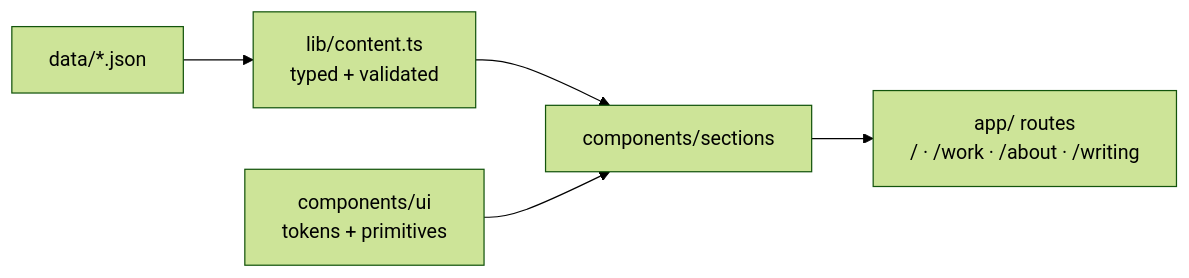
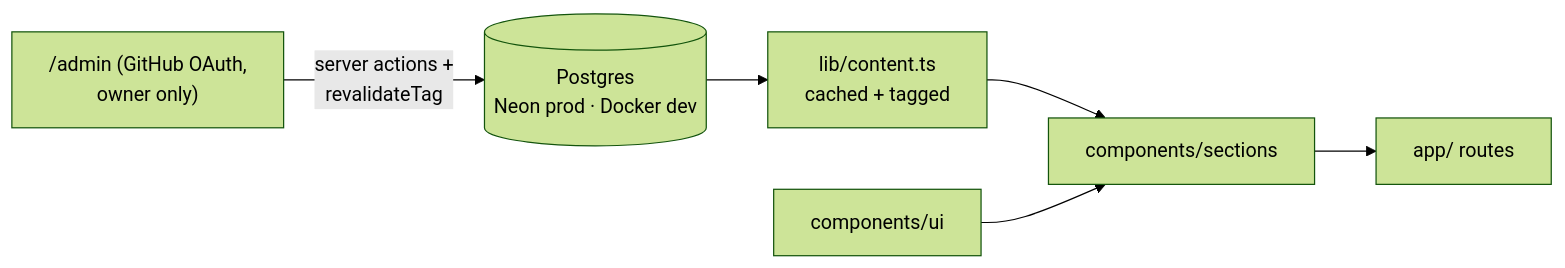
Before and after one commit to HassanA01/new-portfolio: the diagram in README.md, drawn with Mermaid (forest theme). The commit also changed other lines of this file and 1 other file, not shown here.

Commit message:
docs(#18): document database, admin, and env setup

````diff
--- a/README.md
+++ b/README.md
@@ -24,7 +24,8 @@
 ```mermaid
 graph LR
-  J[data/*.json] --> C[lib/content.ts<br/>typed + validated]
+  N[(Postgres<br/>Neon prod · Docker dev)] --> C[lib/content.ts<br/>cached + tagged]
+  A["/admin (GitHub OAuth,<br/>owner only)"] -->|server actions +<br/>revalidateTag| N
   C --> S[components/sections]
-  U[components/ui<br/>tokens + primitives] --> S
-  S --> P["app/ routes<br/>/ · /work · /about · /writing"]
+  U[components/ui] --> S
+  S --> P["app/ routes"]
 ```
````
